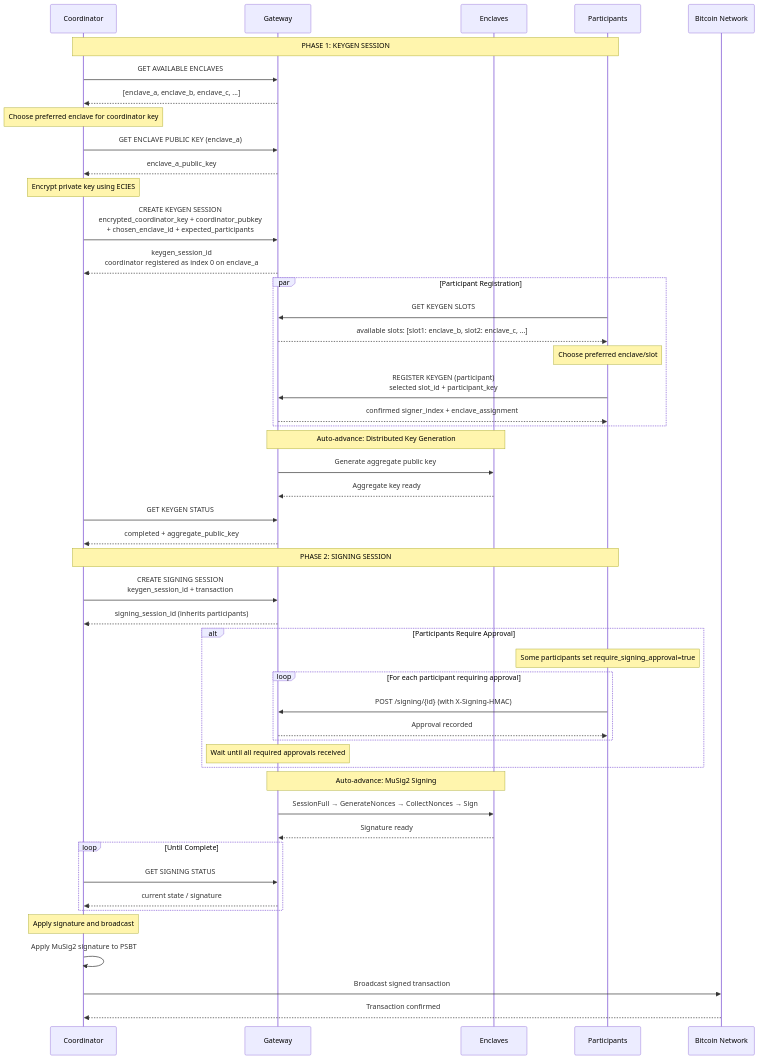
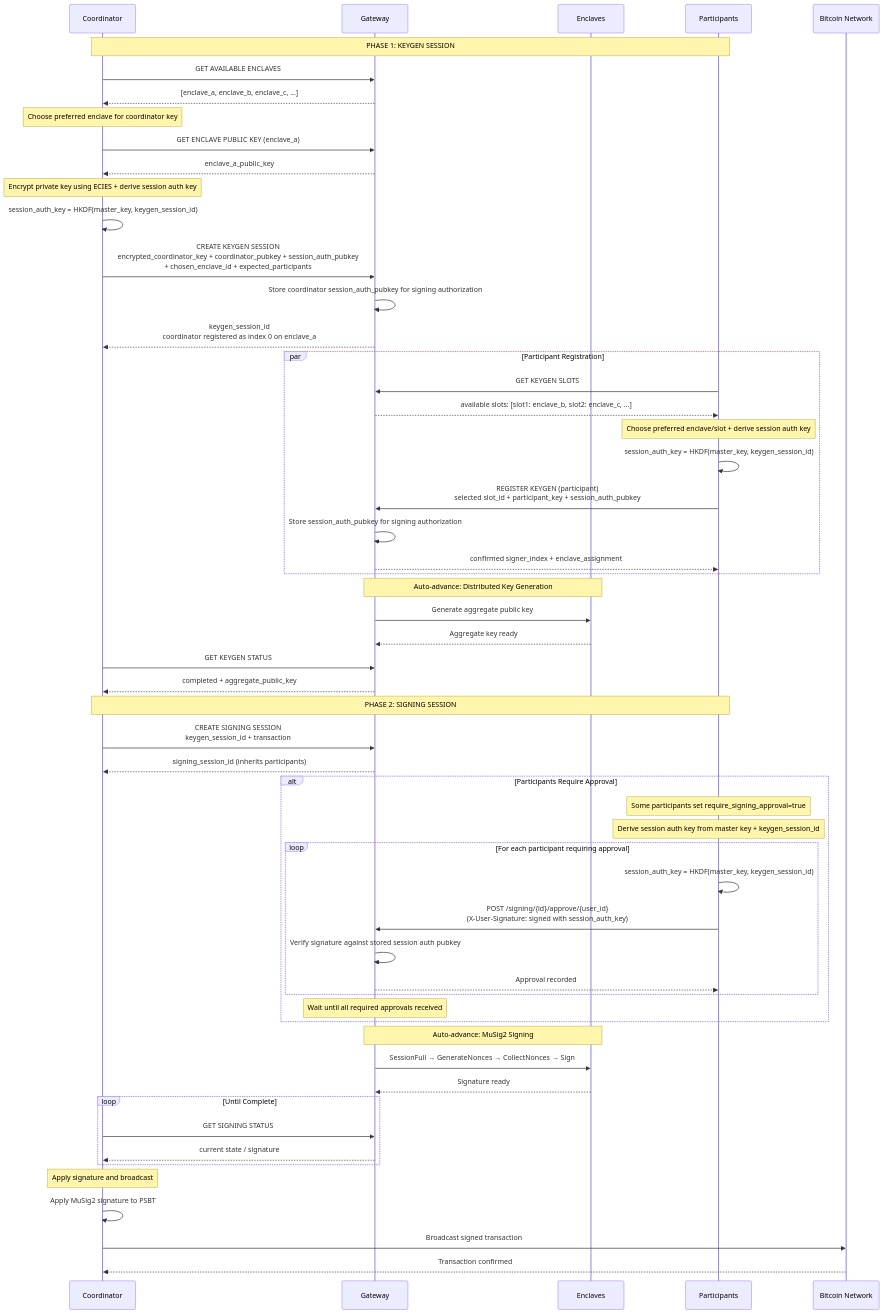
One commit to tee8z/keymeld changed the first of 5 diagrams in README.md. Above: the diagram before and after it, drawn with Mermaid. The commit also changed other lines of this file and 112 other files, not shown here.

Commit message:
feat: add adapter signature support and refactor architecture (#10)

````diff
--- a/README.md
+++ b/README.md
@@ -208,64 +437,71 @@
 ```mermaid
 sequenceDiagram
     participant C as Coordinator
     participant G as Gateway
     participant E as Enclaves
     participant P as Participants
     participant BN as Bitcoin Network
 
     Note over C,P: PHASE 1: KEYGEN SESSION
 
     C->>G: GET AVAILABLE ENCLAVES
     G-->>C: [enclave_a, enclave_b, enclave_c, ...]
 
     Note over C: Choose preferred enclave for coordinator key
     C->>G: GET ENCLAVE PUBLIC KEY (enclave_a)
     G-->>C: enclave_a_public_key
 
-    Note over C: Encrypt private key using ECIES
-    C->>G: CREATE KEYGEN SESSION<br/>encrypted_coordinator_key + coordinator_pubkey<br/>+ chosen_enclave_id + expected_participants
+    Note over C: Encrypt private key using ECIES + derive session auth key
+    C->>C: session_auth_key = HKDF(master_key, keygen_session_id)
+    C->>G: CREATE KEYGEN SESSION<br/>encrypted_coordinator_key + coordinator_pubkey + session_auth_pubkey<br/>+ chosen_enclave_id + expected_participants
+    G->>G: Store coordinator session_auth_pubkey for signing authorization
     G-->>C: keygen_session_id<br/>coordinator registered as index 0 on enclave_a
 
     par Participant Registration
         P->>G: GET KEYGEN SLOTS
         G-->>P: available slots: [slot1: enclave_b, slot2: enclave_c, ...]
 
-        Note over P: Choose preferred enclave/slot
-        P->>G: REGISTER KEYGEN (participant)<br/>selected slot_id + participant_key
+        Note over P: Choose preferred enclave/slot + derive session auth key
+        P->>P: session_auth_key = HKDF(master_key, keygen_session_id)
+        P->>G: REGISTER KEYGEN (participant)<br/>selected slot_id + participant_key + session_auth_pubkey
+        G->>G: Store session_auth_pubkey for signing authorization
         G-->>P: confirmed signer_index + enclave_assignment
     end
 
     Note over G,E: Auto-advance: Distributed Key Generation
     G->>E: Generate aggregate public key
     E-->>G: Aggregate key ready
 
     C->>G: GET KEYGEN STATUS
     G-->>C: completed + aggregate_public_key
 
     Note over C,P: PHASE 2: SIGNING SESSION
     C->>G: CREATE SIGNING SESSION<br/>keygen_session_id + transaction
     G-->>C: signing_session_id (inherits participants)
 
     alt Participants Require Approval
         Note over P: Some participants set require_signing_approval=true
+        Note over P: Derive session auth key from master key + keygen_session_id
         loop For each participant requiring approval
-            P->>G: POST /signing/{id} (with X-Signing-HMAC)
+            P->>P: session_auth_key = HKDF(master_key, keygen_session_id)
+            P->>G: POST /signing/{id}/approve/{user_id}<br/>(X-User-Signature: signed with session_auth_key)
+            G->>G: Verify signature against stored session auth pubkey
             G-->>P: Approval recorded
         end
         Note over G: Wait until all required approvals received
     end
 
     Note over G,E: Auto-advance: MuSig2 Signing
     G->>E: SessionFull → GenerateNonces → CollectNonces → Sign
     E-->>G: Signature ready
 
     loop Until Complete
         C->>G: GET SIGNING STATUS
         G-->>C: current state / signature
     end
 
     Note over C: Apply signature and broadcast
     C->>C: Apply MuSig2 signature to PSBT
     C->>BN: Broadcast signed transaction
     BN-->>C: Transaction confirmed
 ```
````
